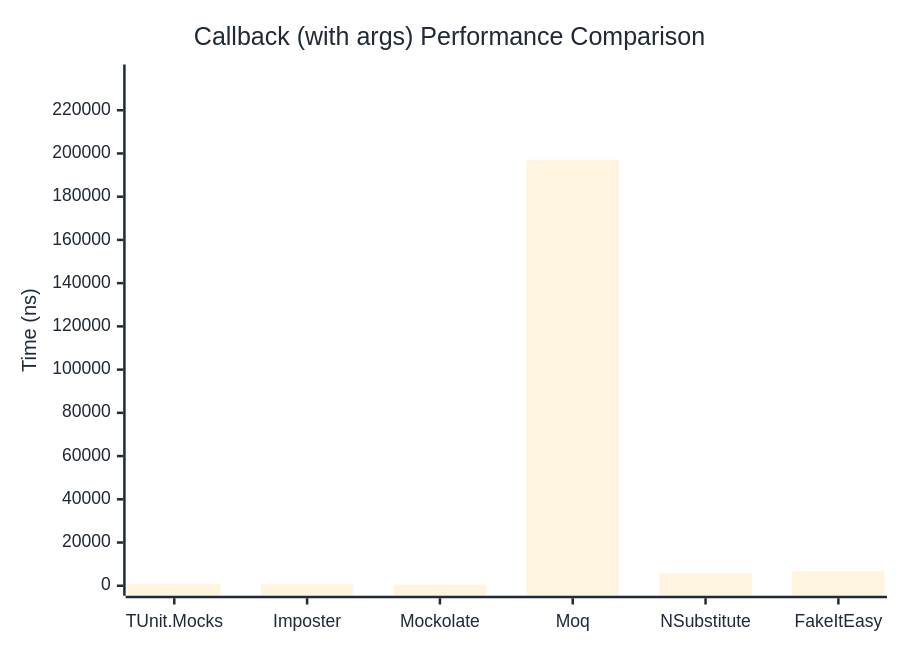
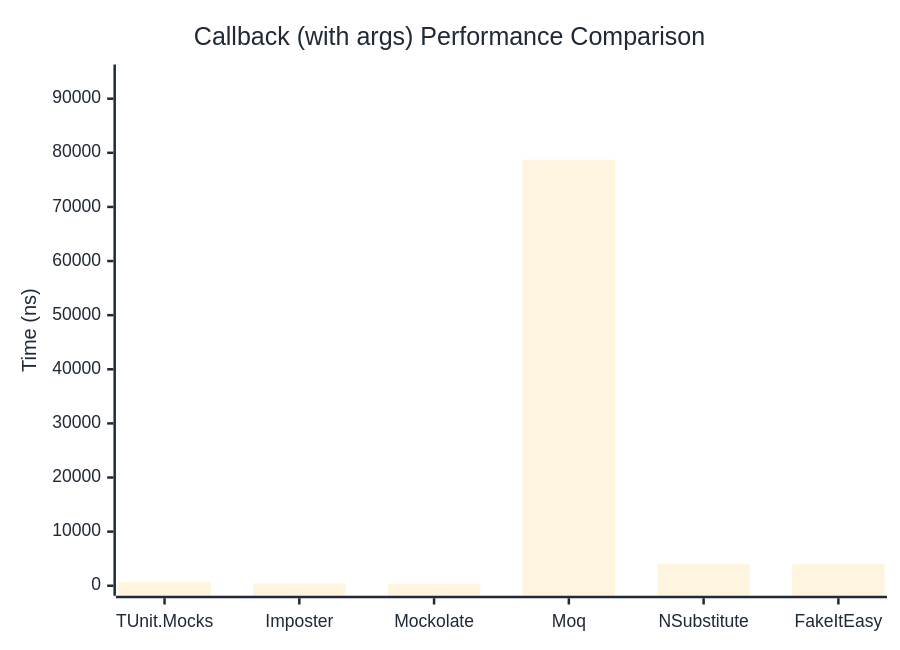
One commit to thomhurst/TUnit changed the second of 2 diagrams in docs/docs/benchmarks/mocks/Callback.md. Above: the diagram before and after it, drawn with Mermaid. The commit also changed other lines of this file and 14 other files, not shown here.

````diff
--- a/docs/docs/benchmarks/mocks/Callback.md
+++ b/docs/docs/benchmarks/mocks/Callback.md
@@ -71,27 +71,27 @@
 ```mermaid
 %%{init: {
   'theme':'base',
   'themeVariables': {
     'primaryColor': '#2563eb',
     'primaryTextColor': '#1f2937',
     'primaryBorderColor': '#1e40af',
     'lineColor': '#6b7280',
     'secondaryColor': '#7c3aed',
     'tertiaryColor': '#dc2626',
     'background': '#ffffff',
     'pie1': '#2563eb',
     'pie2': '#7c3aed',
     'pie3': '#dc2626',
     'pie4': '#f59e0b',
     'pie5': '#10b981',
     'pie6': '#06b6d4',
     'pie7': '#ec4899',
     'pie8': '#6366f1'
   }
 }}%%
 xychart-beta
   title "Callback (with args) Performance Comparison"
   x-axis ["TUnit.Mocks", "Imposter", "Mockolate", "Moq", "NSubstitute", "FakeItEasy"]
-  y-axis "Time (ns)" 0 --> 236536
-  bar [917.8, 641.2, 470.1, 197112.8, 5749.6, 6775.4]
+  y-axis "Time (ns)" 0 --> 94472
+  bar [701.4, 443.2, 357, 78726.4, 4056.1, 4049.5]
 ```
````
